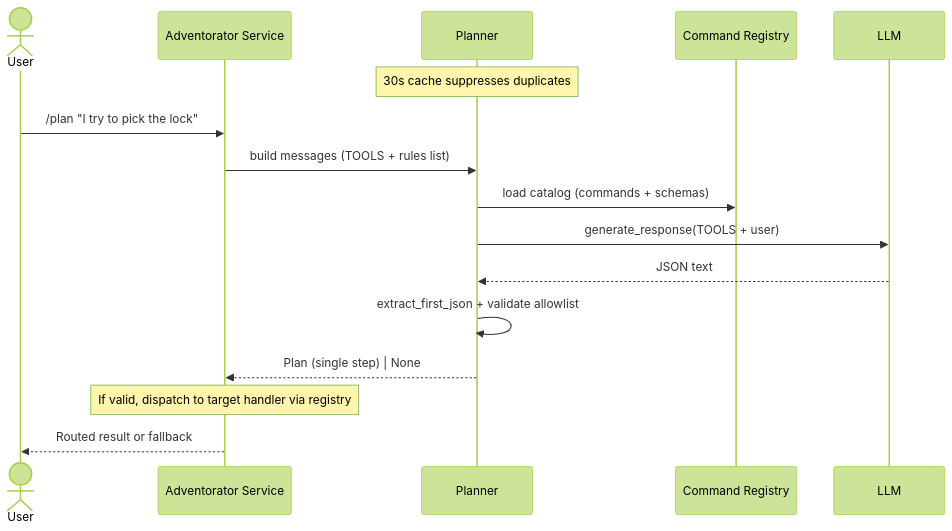
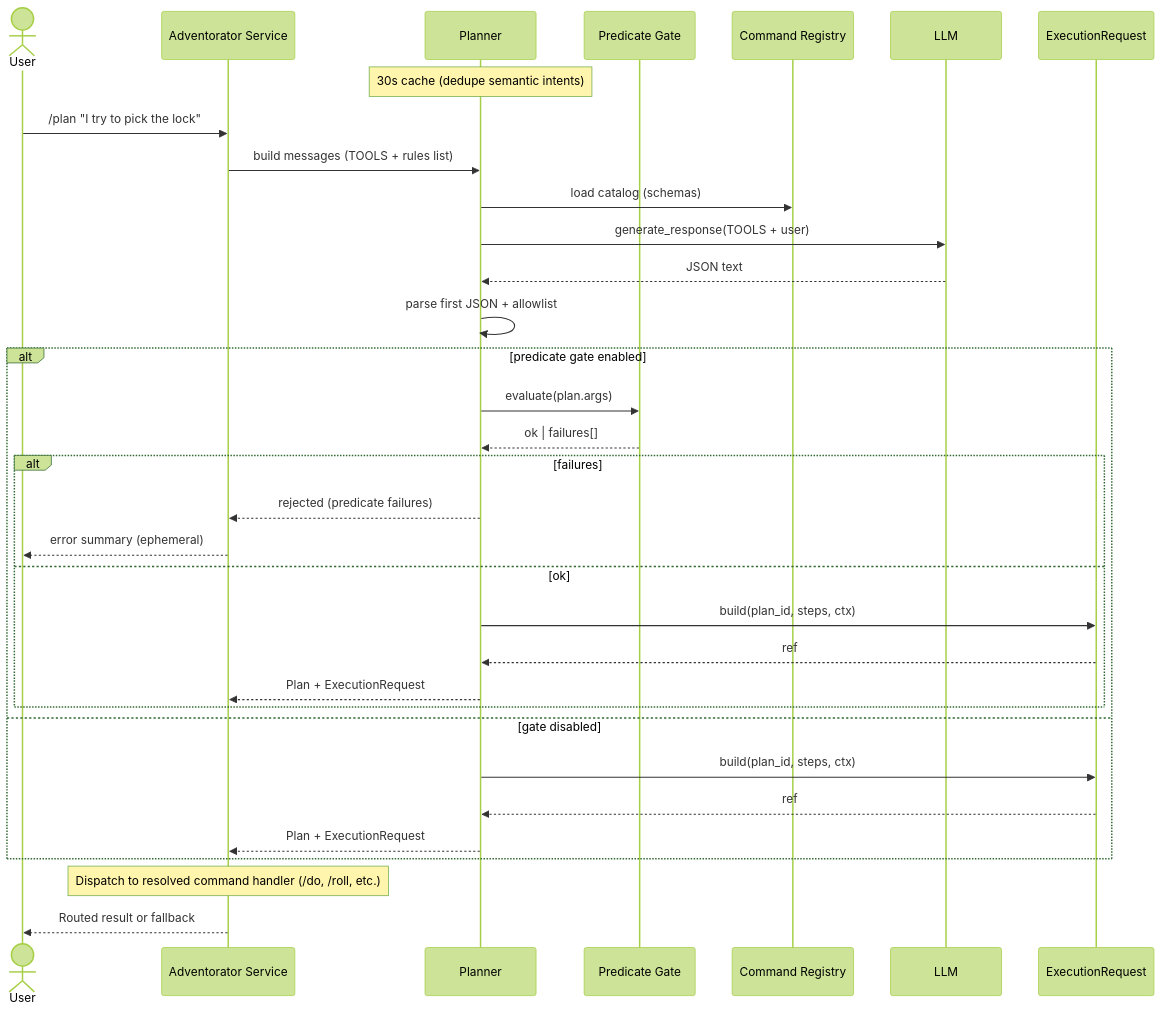
Before and after one commit to crashtestbrandt/Adventorator: the second of 3 diagrams in README.md, drawn with Mermaid (forest theme). The commit also changed other lines of this file and 12 other files, not shown here.

````diff
--- a/README.md
+++ b/README.md
@@ -226,22 +253,39 @@
 ```mermaid
 sequenceDiagram
   actor User
   participant App as Adventorator Service
   participant Planner
+  participant PGate as Predicate Gate
   participant Registry as Command Registry
   participant LLM as LLM
+  participant ExecReq as ExecutionRequest
 
-  Note over Planner: 30s cache suppresses duplicates
+  Note over Planner: 30s cache (dedupe semantic intents)
 
   User->>App: /plan "I try to pick the lock"
   App->>Planner: build messages (TOOLS + rules list)
-  Planner->>Registry: load catalog (commands + schemas)
+  Planner->>Registry: load catalog (schemas)
   Planner->>LLM: generate_response(TOOLS + user)
   LLM-->>Planner: JSON text
-  Planner->>Planner: extract_first_json + validate allowlist
-  Planner-->>App: Plan (single step) | None
+  Planner->>Planner: parse first JSON + allowlist
+  alt predicate gate enabled
+    Planner->>PGate: evaluate(plan.args)
+    PGate-->>Planner: ok | failures[]
+    alt failures
+      Planner-->>App: rejected (predicate failures)
+      App-->>User: error summary (ephemeral)
+    else ok
+      Planner->>ExecReq: build(plan_id, steps, ctx)
+      ExecReq-->>Planner: ref
+      Planner-->>App: Plan + ExecutionRequest
+    end
+  else gate disabled
+    Planner->>ExecReq: build(plan_id, steps, ctx)
+    ExecReq-->>Planner: ref
+    Planner-->>App: Plan + ExecutionRequest
+  end
 
-  Note over App: If valid, dispatch to target handler via registry
+  Note over App: Dispatch to resolved command handler (/do, /roll, etc.)
 
   App-->>User: Routed result or fallback
 ```
````
